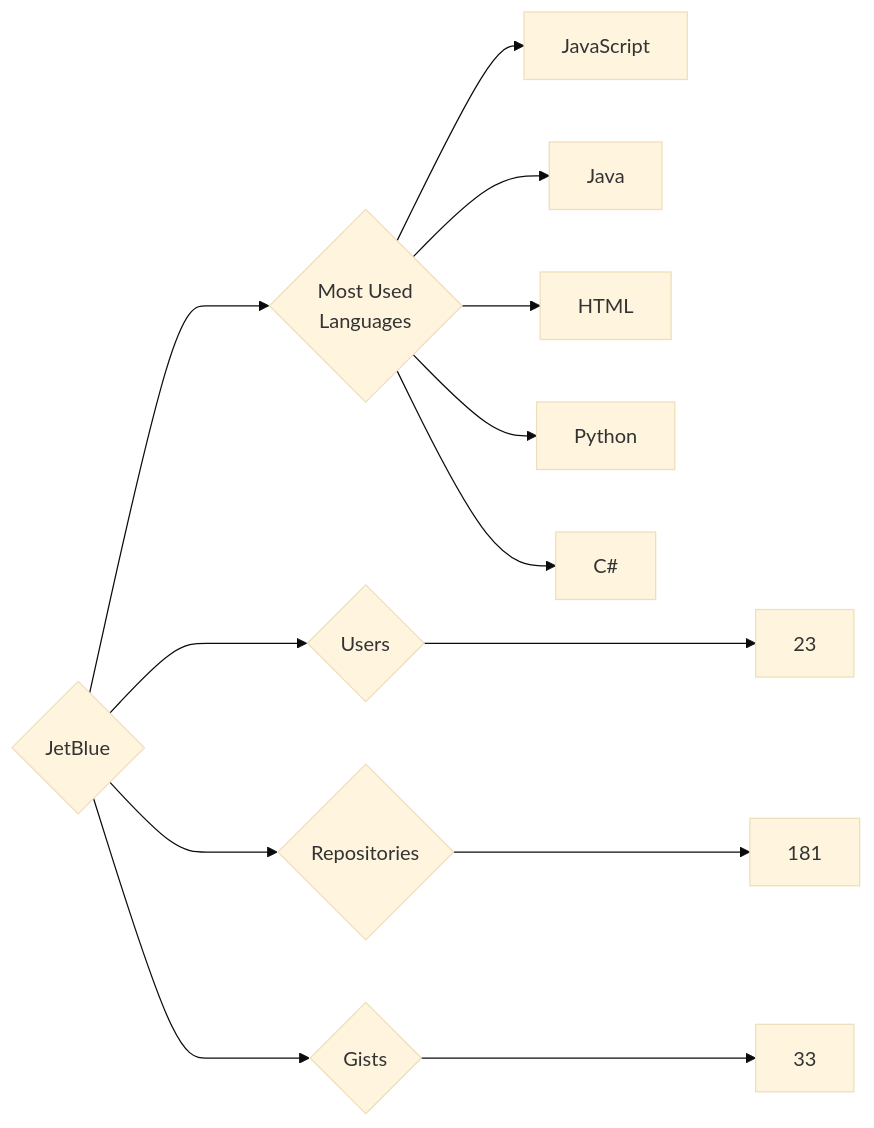
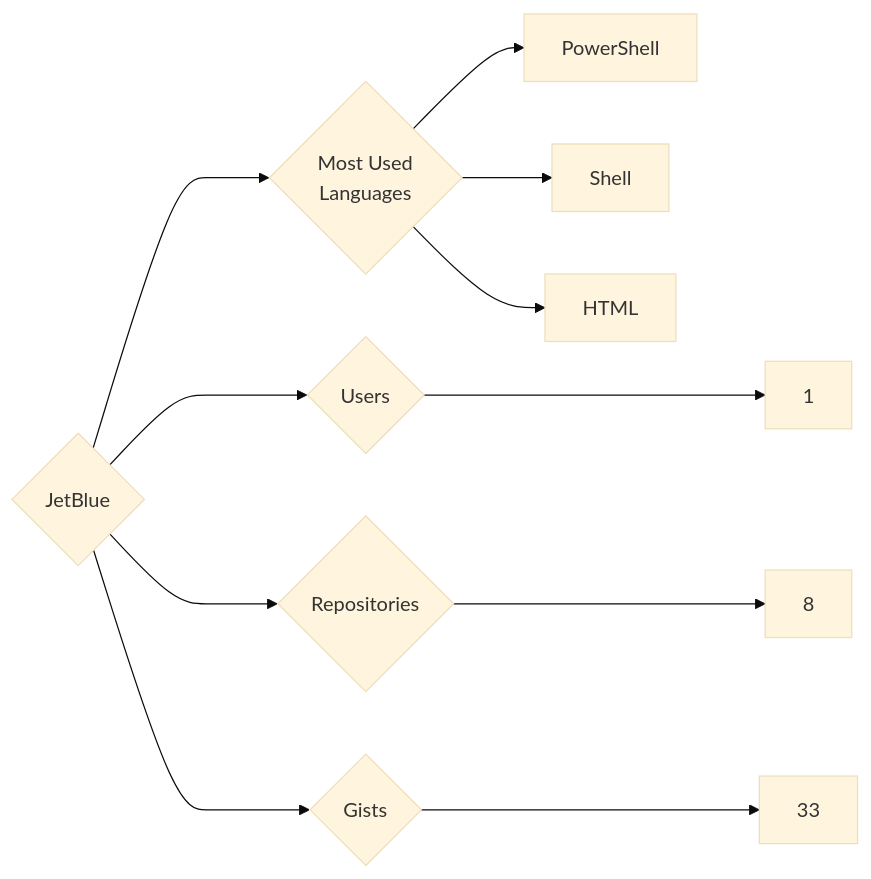
Before and after one commit to trickest/insiders: the diagram in targets/JetBlue/README.md, drawn with Mermaid (base theme). The commit also changed 723 other files, not shown here.

````diff
--- a/targets/JetBlue/README.md
+++ b/targets/JetBlue/README.md
@@ -3,13 +3,11 @@
 ```mermaid
 graph LR
 COMPANY_NAME{JetBlue}
-COMPANY_NAME ---> U{Users} ---> UN[23]
-COMPANY_NAME ---> R{Repositories} ---> RN[181]
+COMPANY_NAME ---> U{Users} ---> UN[1]
+COMPANY_NAME ---> R{Repositories} ---> RN[8]
 COMPANY_NAME ---> G{Gists} ---> GN[33]
 COMPANY_NAME ---> ML{Most Used<br>Languages}
-ML --> JavaScript[JavaScript]
-ML --> Java[Java]
+ML --> PowerShell[PowerShell]
+ML --> Shell[Shell]
 ML --> HTML[HTML]
-ML --> Python[Python]
-ML --> C#[C#]
 ```
````
